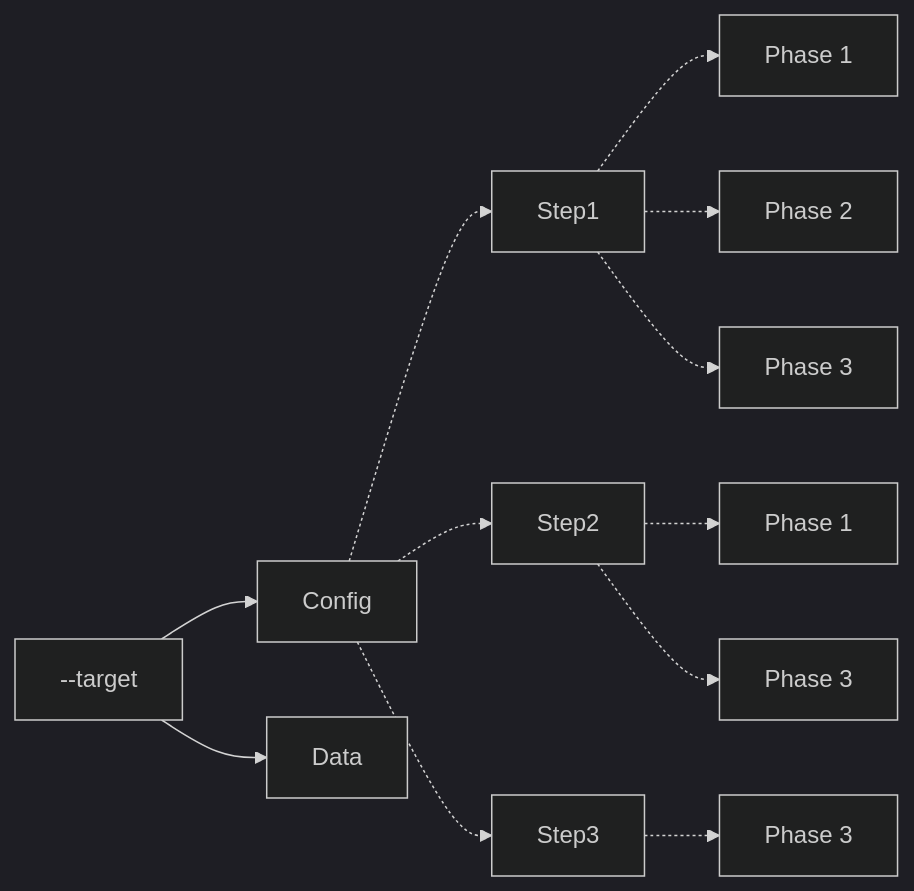
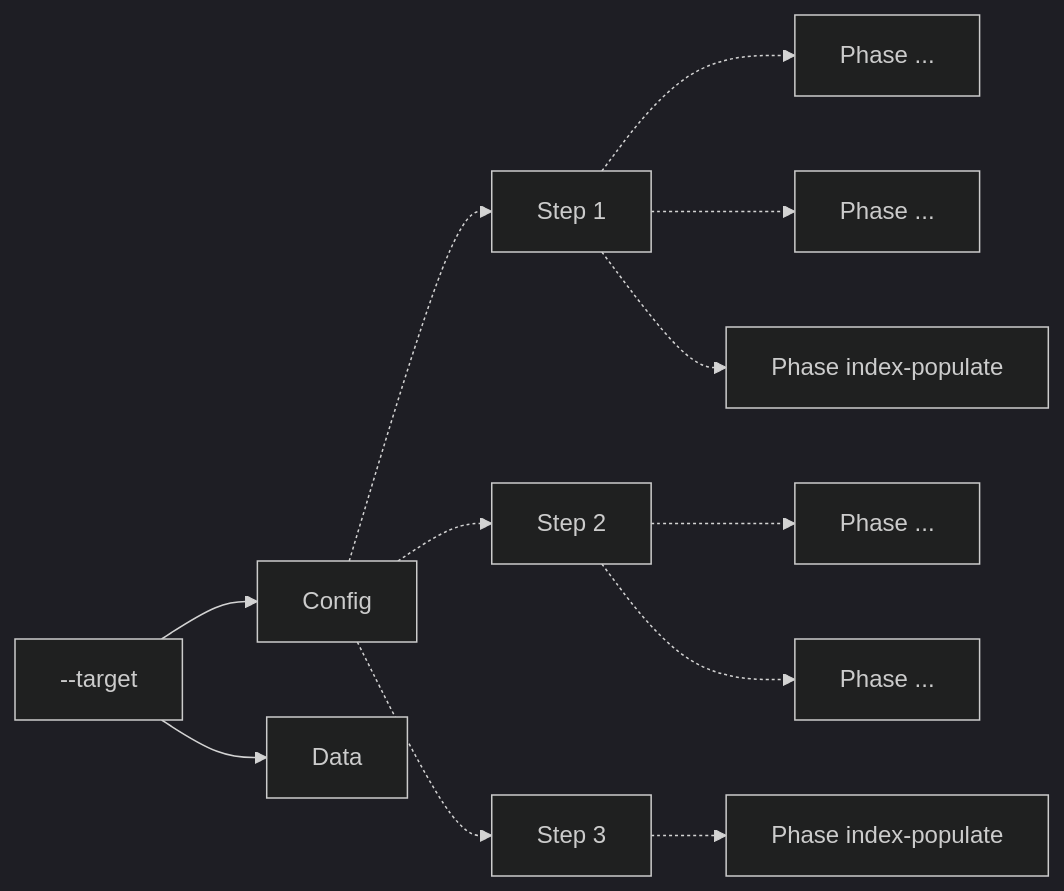
Before and after one commit to freemansoft/entitopia: the first of 2 diagrams in README.md, drawn with Mermaid (dark theme). The commit also changed other lines of this file and 1 other file, not shown here.

Commit message:
More talk prep

````diff
--- a/README.md
+++ b/README.md
@@ -27,19 +28,19 @@
 ```mermaid
 flowchart LR
     Target["--target"]
     Target-->Config
     Target-->Data
 
-    Config-.->Step1
-    Config-.->Step2
-    Config-.->Step3
+    Config-.->Step1[Step 1]
+    Config-.->Step2[Step 2]
+    Config-.->Step3[Step 3]
 
-    Step1-.->Phase11[Phase 1]
-    Step1-.->Phase12[Phase 2]
-    Step1-.->Phase13[Phase 3]
+    Step1-.->Phase11[Phase ...]
+    Step1-.->Phase12[Phase ...]
+    Step1-.->Phase13[Phase index-populate]
 
-    Step2-.->Phase21[Phase 1]
-    Step2-.->Phase22[Phase 3]
+    Step2-.->Phase21[Phase ...]
+    Step2-.->Phase22[Phase ...]
 
-    Step3-.->Phase31[Phase 3]
+    Step3-.->Phase31[Phase index-populate]
 ```
````
